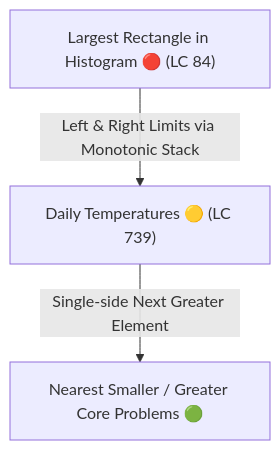
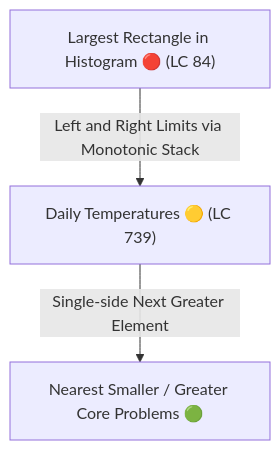
Before and after one commit to dip4k/DSA_102: diagram 16 of 19 in Senior_dsa_question_list.md, drawn with Mermaid. The commit also changed other lines of this file and 191 other files, not shown here.

````diff
--- a/Senior_dsa_question_list.md
+++ b/Senior_dsa_question_list.md
@@ -1051,5 +1051,5 @@
 ```mermaid
 flowchart TD
-    A["Largest Rectangle in Histogram 🔴 (LC 84)"] -->|Left & Right Limits via Monotonic Stack| B["Daily Temperatures 🟡 (LC 739)"]
+    A["Largest Rectangle in Histogram 🔴 (LC 84)"] -->|Left and Right Limits via Monotonic Stack| B["Daily Temperatures 🟡 (LC 739)"]
     B -->|Single-side Next Greater Element| C["Nearest Smaller / Greater Core Problems 🟢"]
 ```
````
